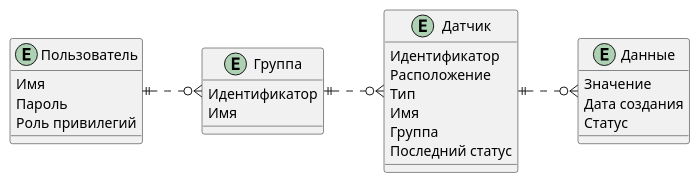
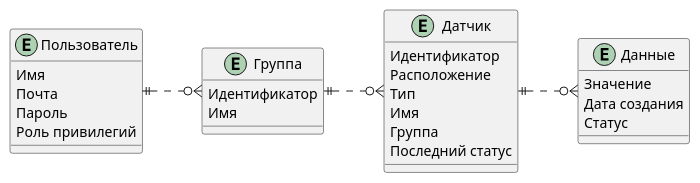
The sixth of 6 diagrams in README.md (egorgasay/architecture-pro-warmhouse), drawn with PlantUML before and after one commit. The commit also changed other lines of this file, not shown here.

````diff
--- a/README.md
+++ b/README.md
@@ -343,36 +336,37 @@
 ```plantuml
 @startuml
 left to right direction
 skinparam linetype ortho
 
 entity "Пользователь" as usr {
   Имя
+  Почта
   Пароль
   Роль привилегий
 }
 
 entity "Группа" as grp {
   Идентификатор
   Имя
 }
 
 entity "Датчик" as snr {
   Идентификатор
   Расположение
   Тип
   Имя
   Группа
   Последний статус
 }
 
 entity "Данные" as dat {
   Значение
   Дата создания
   Статус
 }
 
 usr ||..o{ grp
 grp ||..o{ snr
 snr ||..o{ dat
 @enduml
 ```
````
